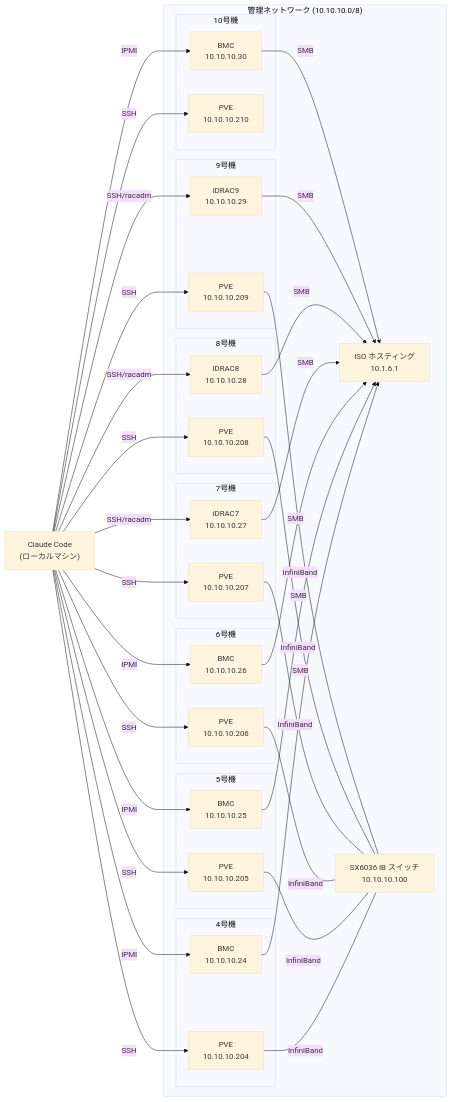
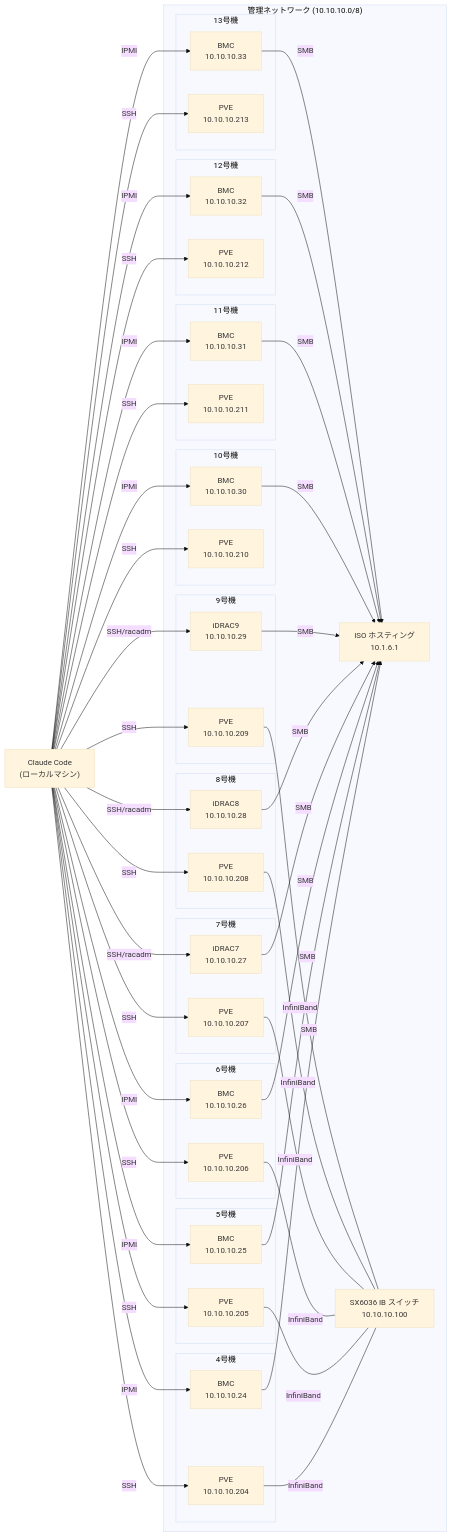
Before and after one commit to miminashi/pvese: the diagram in README.md, drawn with Mermaid (base theme). The commit also changed other lines of this file and 5 other files, not shown here.

```diff
--- a/README.md
+++ b/README.md
@@ -198,6 +201,18 @@
             BMC10["BMC<br/>10.10.10.30"]
             PVE10["PVE<br/>10.10.10.210"]
         end
+        subgraph srv11["11号機"]
+            BMC11["BMC<br/>10.10.10.31"]
+            PVE11["PVE<br/>10.10.10.211"]
+        end
+        subgraph srv12["12号機"]
+            BMC12["BMC<br/>10.10.10.32"]
+            PVE12["PVE<br/>10.10.10.212"]
+        end
+        subgraph srv13["13号機"]
+            BMC13["BMC<br/>10.10.10.33"]
+            PVE13["PVE<br/>10.10.10.213"]
+        end
         SMB["ISO ホスティング<br/>10.1.6.1"]
         IB["SX6036 IB スイッチ<br/>10.10.10.100"]
     end
@@ -216,6 +231,12 @@
     CC -- "SSH/racadm" --> iDRAC9
     CC -- "SSH" --> PVE10
     CC -- "IPMI" --> BMC10
+    CC -- "SSH" --> PVE11
+    CC -- "IPMI" --> BMC11
+    CC -- "SSH" --> PVE12
+    CC -- "IPMI" --> BMC12
+    CC -- "SSH" --> PVE13
+    CC -- "IPMI" --> BMC13
     BMC4 -- "SMB" --> SMB
     BMC5 -- "SMB" --> SMB
     BMC6 -- "SMB" --> SMB
@@ -223,6 +244,9 @@
     iDRAC8 -- "SMB" --> SMB
     iDRAC9 -- "SMB" --> SMB
     BMC10 -- "SMB" --> SMB
+    BMC11 -- "SMB" --> SMB
+    BMC12 -- "SMB" --> SMB
+    BMC13 -- "SMB" --> SMB
     PVE4 -- "InfiniBand" --- IB
     PVE5 -- "InfiniBand" --- IB
     PVE6 -- "InfiniBand" --- IB
```
